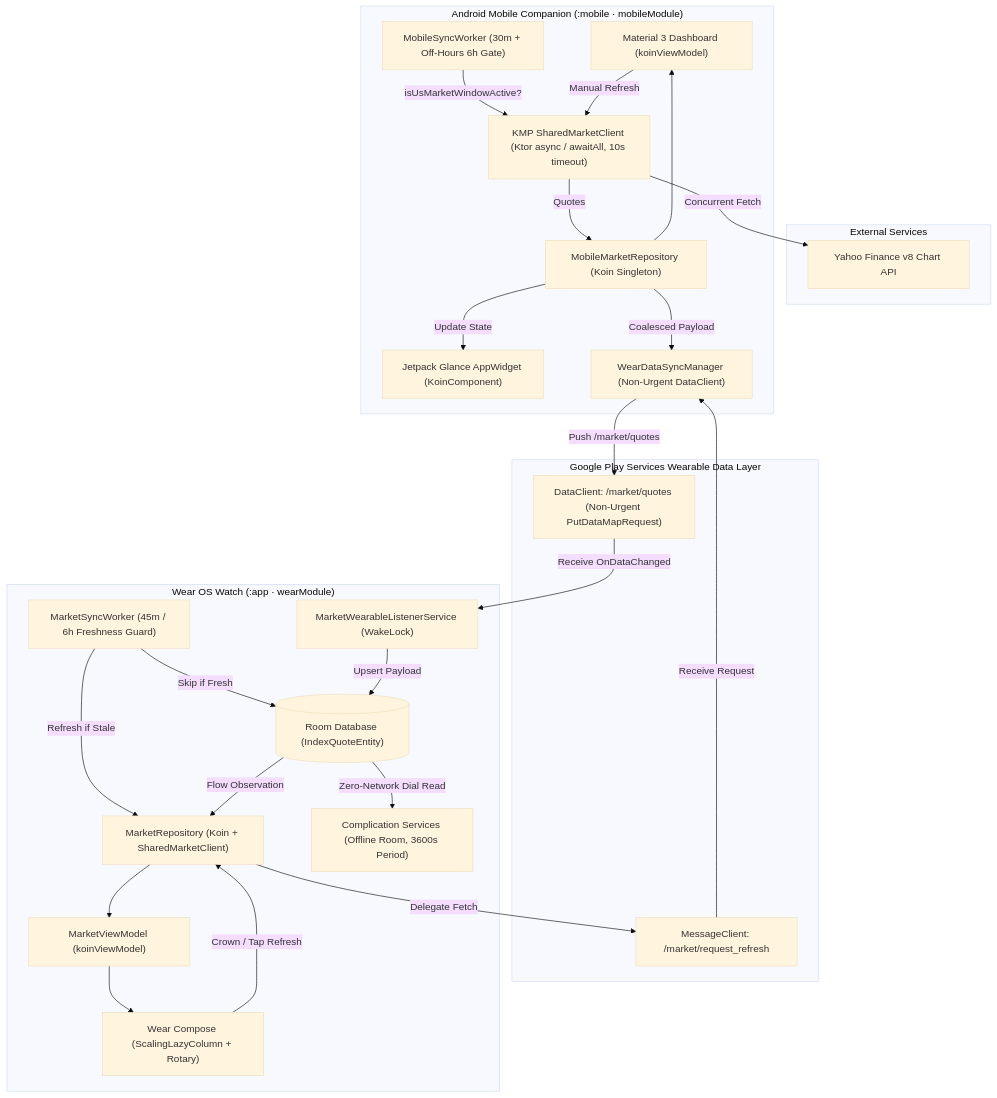
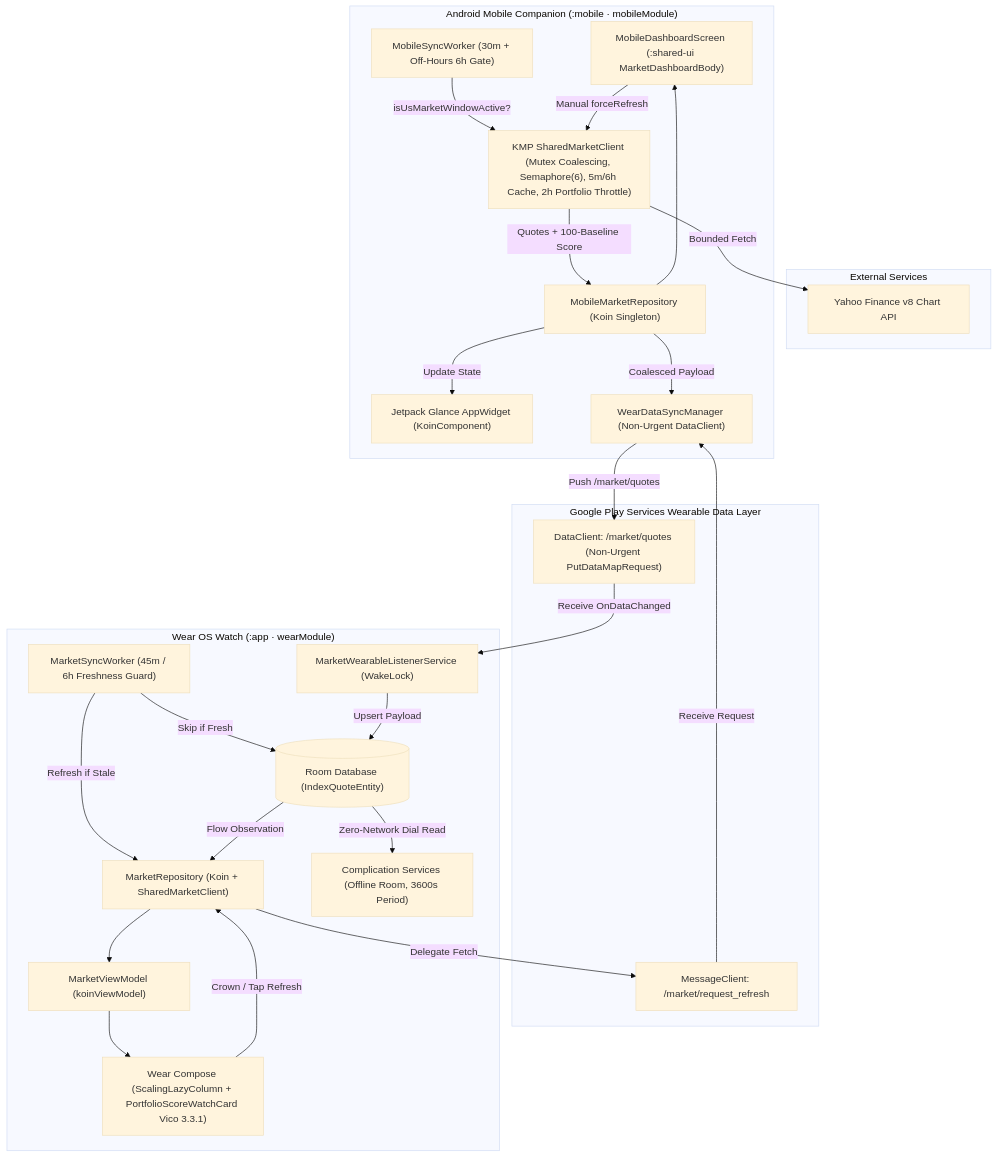
Before and after one commit to mohitb117/MarketWearWatch: the first of 4 diagrams in README.md, drawn with Mermaid (base theme). The commit also changed other lines of this file and 2 other files, not shown here.

Commit message:
docs(architecture): update showcase Mermaid diagrams and READMEs for KMP :shared + :shared-ui

````diff
--- a/README.md
+++ b/README.md
@@ -23,52 +23,52 @@
 ```mermaid
 flowchart TD
     subgraph Cloud ["External Services"]
         YF["Yahoo Finance v8 Chart API"]
     end
 
     subgraph PhoneDevice ["Android Mobile Companion (:mobile · mobileModule)"]
-        PhoneUI["Material 3 Dashboard (koinViewModel)"]
-        SharedClient["KMP SharedMarketClient (Ktor async / awaitAll, 10s timeout)"]
+        PhoneUI["MobileDashboardScreen (:shared-ui MarketDashboardBody)"]
+        SharedClient["KMP SharedMarketClient (Mutex Coalescing, Semaphore(6), 5m/6h Cache, 2h Portfolio Throttle)"]
         PhoneRepo["MobileMarketRepository (Koin Singleton)"]
         WorkMgr["MobileSyncWorker (30m + Off-Hours 6h Gate)"]
         GlanceWidget["Jetpack Glance AppWidget (KoinComponent)"]
         WearSyncMgr["WearDataSyncManager (Non-Urgent DataClient)"]
 
         WorkMgr -->|isUsMarketWindowActive?| SharedClient
-        PhoneUI -->|Manual Refresh| SharedClient
-        SharedClient -->|Concurrent Fetch| YF
-        SharedClient -->|Quotes| PhoneRepo
+        PhoneUI -->|Manual forceRefresh| SharedClient
+        SharedClient -->|Bounded Fetch| YF
+        SharedClient -->|Quotes + 100-Baseline Score| PhoneRepo
         PhoneRepo --> PhoneUI
         PhoneRepo -->|Update State| GlanceWidget
         PhoneRepo -->|Coalesced Payload| WearSyncMgr
     end
 
     subgraph WearableLayer ["Google Play Services Wearable Data Layer"]
         DataClientMsg["DataClient: /market/quotes (Non-Urgent PutDataMapRequest)"]
         MsgClientReq["MessageClient: /market/request_refresh"]
     end
 
     subgraph WatchDevice ["Wear OS Watch (:app · wearModule)"]
         ListenerSvc["MarketWearableListenerService (WakeLock)"]
         RoomDB[("Room Database (IndexQuoteEntity)")]
         WatchRepo["MarketRepository (Koin + SharedMarketClient)"]
         WatchWorker["MarketSyncWorker (45m / 6h Freshness Guard)"]
         WatchVM["MarketViewModel (koinViewModel)"]
-        WatchUI["Wear Compose (ScalingLazyColumn + Rotary)"]
+        WatchUI["Wear Compose (ScalingLazyColumn + PortfolioScoreWatchCard Vico 3.3.1)"]
         ComplicationSvc["Complication Services (Offline Room, 3600s Period)"]
 
         WatchUI -->|Crown / Tap Refresh| WatchRepo
         WatchWorker -->|Skip if Fresh| RoomDB
         WatchWorker -->|Refresh if Stale| WatchRepo
         WatchRepo -->|Delegate Fetch| MsgClientReq
         DataClientMsg -->|Receive OnDataChanged| ListenerSvc
         ListenerSvc -->|Upsert Payload| RoomDB
         RoomDB -->|Flow Observation| WatchRepo
         WatchRepo --> WatchVM
         WatchVM --> WatchUI
         RoomDB -->|Zero-Network Dial Read| ComplicationSvc
     end
 
     WearSyncMgr -->|Push /market/quotes| DataClientMsg
     MsgClientReq -->|Receive Request| WearSyncMgr
 ```
````
